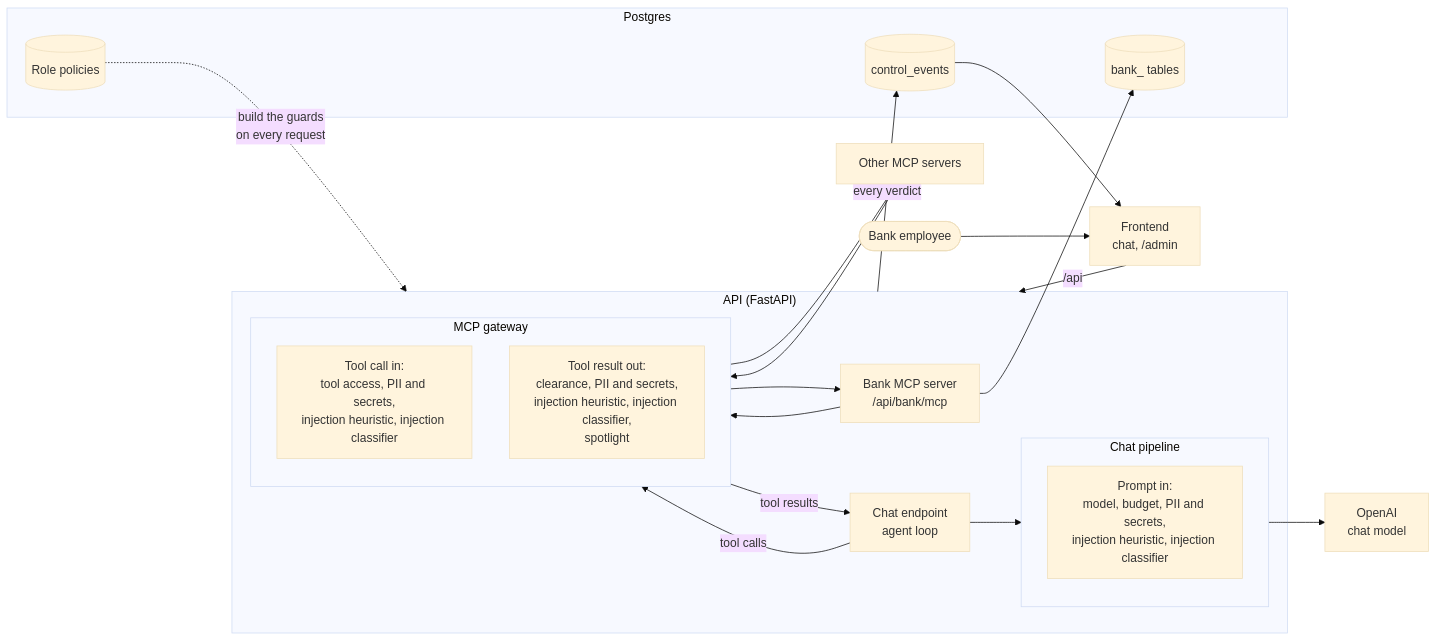
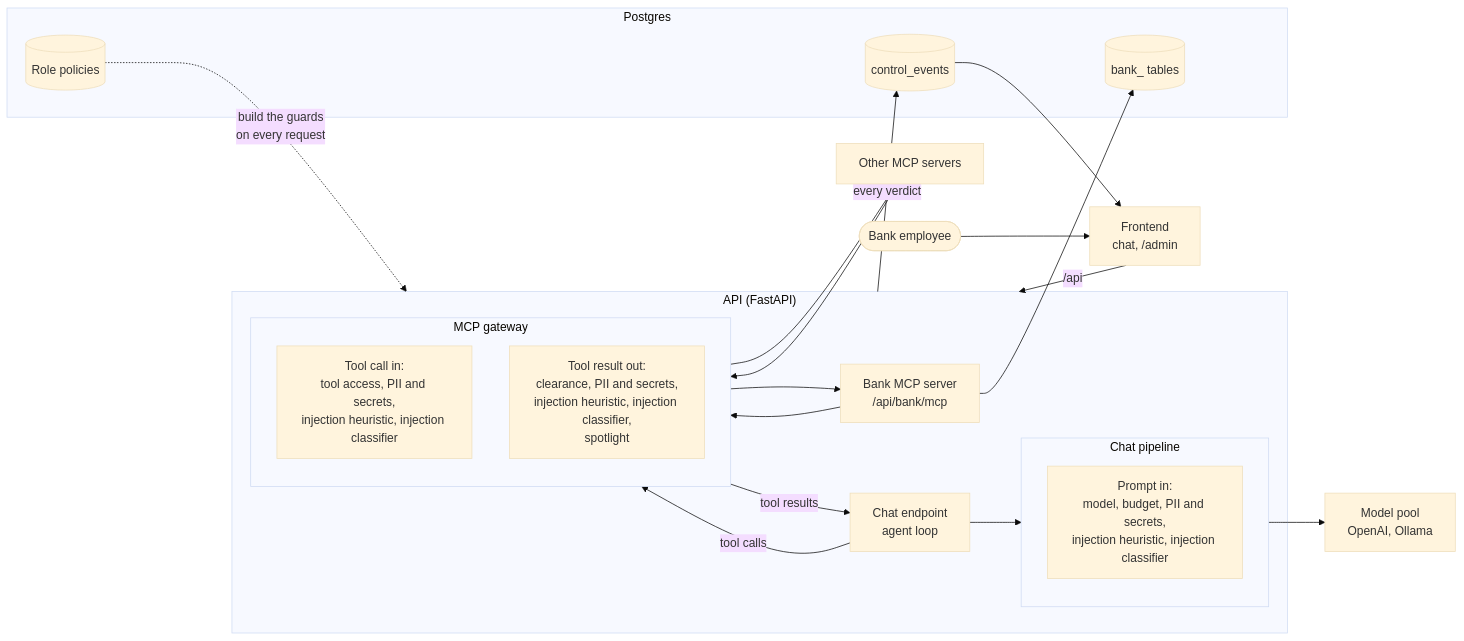
The diagram in README.md (rozumalex/controllayer), drawn with Mermaid (base theme) before and after one commit. The commit also changed other lines of this file and 12 other files, not shown here.

Commit message:
Put every LLM in one model pool, served by OpenAI or a local Ollama, so the chat and the semantic guard run without an OpenAI key

````diff
--- a/README.md
+++ b/README.md
@@ -7,39 +7,39 @@
 ```mermaid
 flowchart LR
     user(["Bank employee"]) --> app["Frontend<br/>chat, /admin"]
     app -- "/api" --> api
 
     subgraph api ["API (FastAPI)"]
         chat["Chat endpoint<br/>agent loop"]
         subgraph chatpipe ["Chat pipeline"]
             direction TB
             cin["Prompt in:<br/>model, budget, PII and secrets,<br/>injection heuristic, injection classifier"]
         end
         subgraph gateway ["MCP gateway"]
             direction TB
             gin["Tool call in:<br/>tool access, PII and secrets,<br/>injection heuristic, injection classifier"]
             gout["Tool result out:<br/>clearance, PII and secrets,<br/>injection heuristic, injection classifier,<br/>spotlight"]
         end
         bank["Bank MCP server<br/>/api/bank/mcp"]
         chat --> cin
         chat -- "tool calls" --> gin
         gout -- "tool results" --> chat
     end
 
-    cin --> openai["OpenAI<br/>chat model"]
+    cin --> openai["Model pool<br/>OpenAI, Ollama"]
     gin --> bank
     gin --> other["Other MCP servers"]
     bank --> gout
     other --> gout
 
     policy[("Role policies")] -. "build the guards<br/>on every request" .-> api
     api -- "every verdict" --> events[("control_events")]
     events --> app
 
     subgraph db ["Postgres"]
         policy
         events
         bankdata[("bank_ tables")]
     end
     bank --> bankdata
 ```
````
